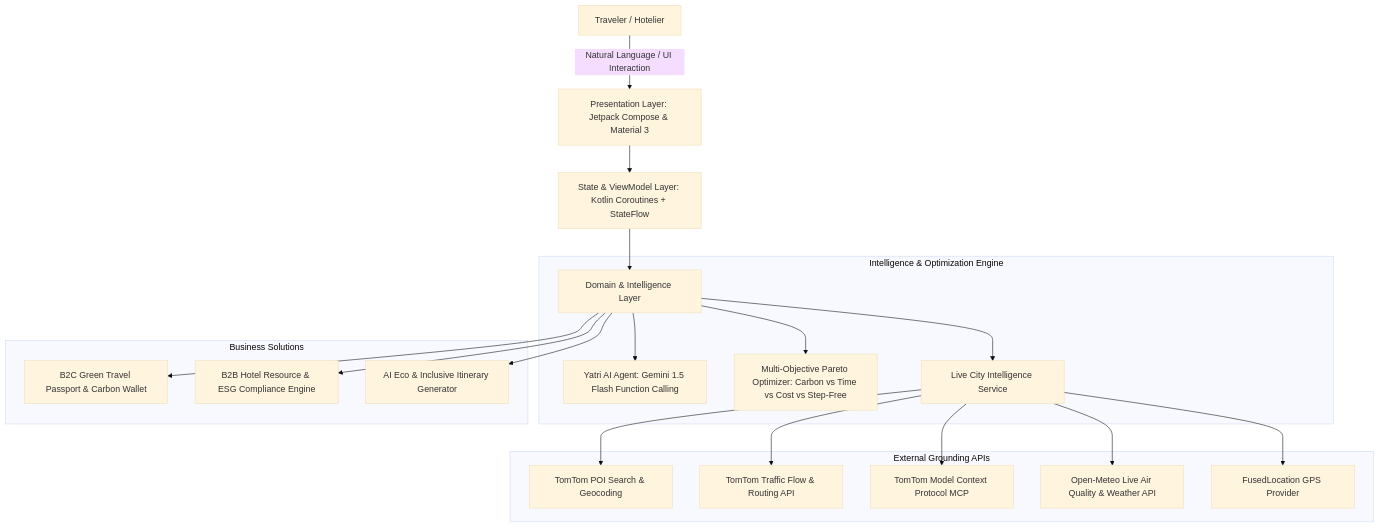
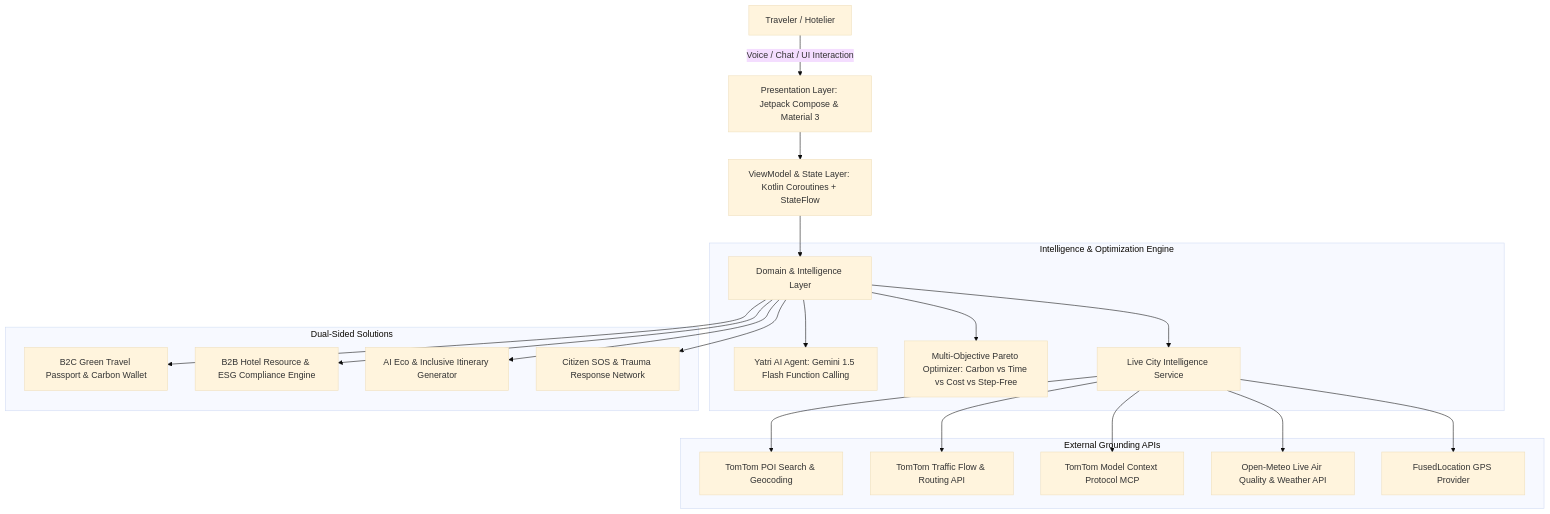
One commit to SatyamPandey-07/Urban-Pulse changed the diagram in UrbanPulse/README.md. Above: the diagram before and after it, drawn with Mermaid (base theme). The commit also changed other lines of this file and 3 other files, not shown here.

````diff
--- a/UrbanPulse/README.md
+++ b/UrbanPulse/README.md
@@ -39,26 +43,27 @@
 ```mermaid
 graph TD
-    A[Traveler / Hotelier] -->|Natural Language / UI Interaction| B[Presentation Layer: Jetpack Compose & Material 3]
-    B --> C[State & ViewModel Layer: Kotlin Coroutines + StateFlow]
+    A[Traveler / Hotelier] -->|Voice / Chat / UI Interaction| B[Presentation Layer: Jetpack Compose & Material 3]
+    B --> C[ViewModel & State Layer: Kotlin Coroutines + StateFlow]
     C --> D[Domain & Intelligence Layer]
     
     subgraph Intelligence & Optimization Engine
         D --> E[Yatri AI Agent: Gemini 1.5 Flash Function Calling]
         D --> F[Multi-Objective Pareto Optimizer: Carbon vs Time vs Cost vs Step-Free]
         D --> G[Live City Intelligence Service]
     end
 
     subgraph External Grounding APIs
         G --> H[TomTom POI Search & Geocoding]
         G --> I[TomTom Traffic Flow & Routing API]
         G --> J[TomTom Model Context Protocol MCP]
         G --> K[Open-Meteo Live Air Quality & Weather API]
         G --> L[FusedLocation GPS Provider]
     end
 
-    subgraph Business Solutions
+    subgraph Dual-Sided Solutions
         D --> M[B2C Green Travel Passport & Carbon Wallet]
         D --> N[B2B Hotel Resource & ESG Compliance Engine]
         D --> O[AI Eco & Inclusive Itinerary Generator]
+        D --> P[Citizen SOS & Trauma Response Network]
     end
 ```
````
